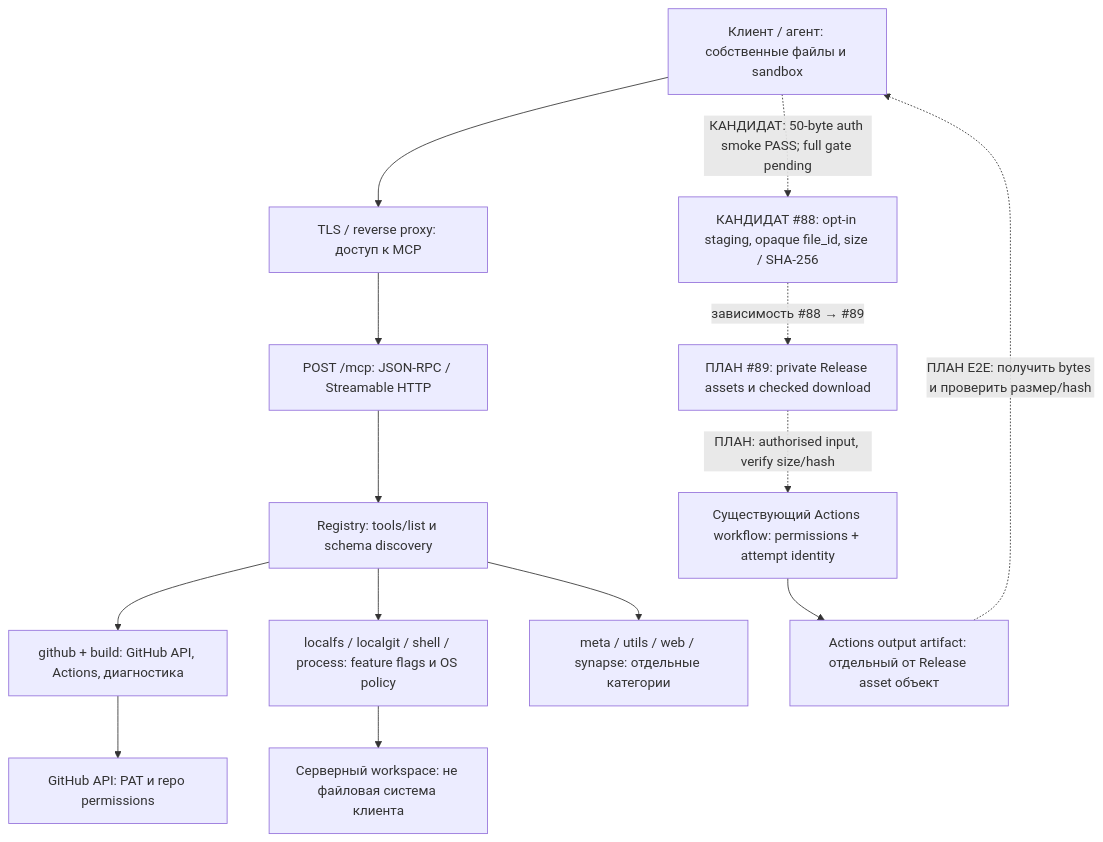
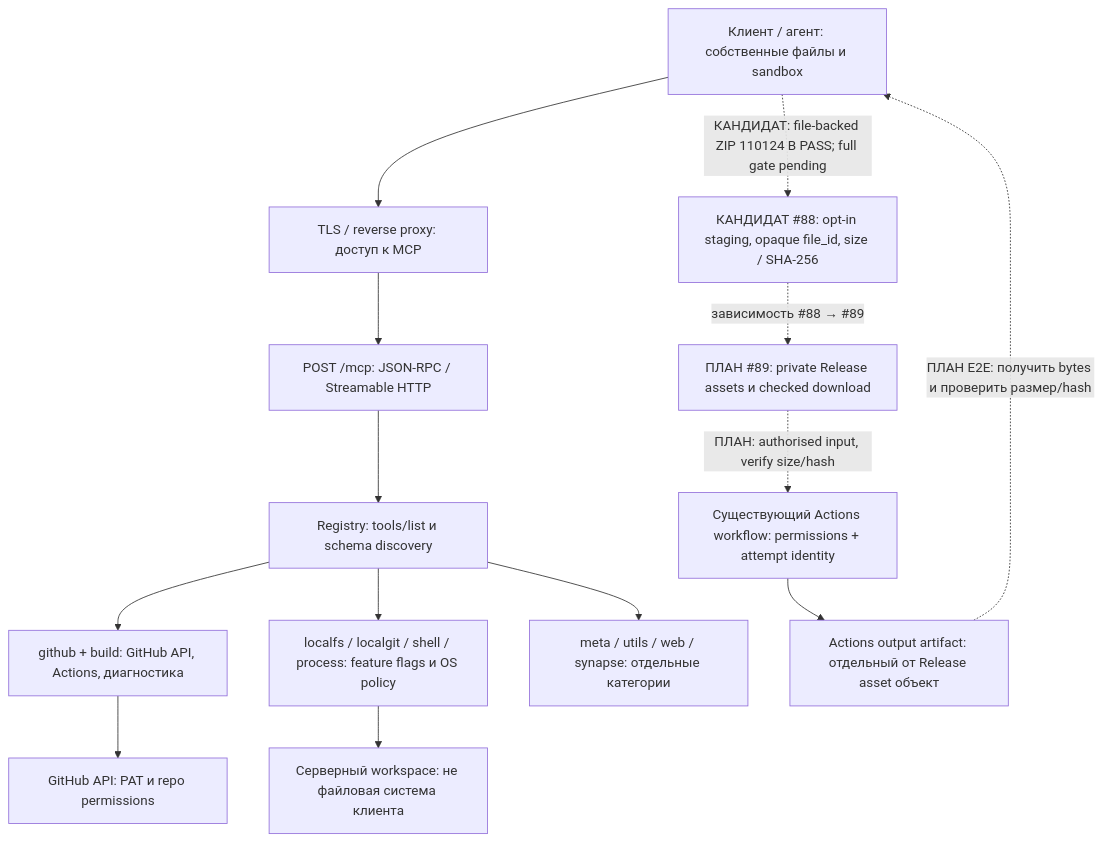
Before and after one commit to LeonidYasin/mcp-server: the diagram in docs/project-map.md, drawn with Mermaid. The commit also changed other lines of this file and 7 other files, not shown here.

Commit message:
docs: record real client-sandbox ZIP upload acceptance and remaining gates

````diff
--- a/docs/project-map.md
+++ b/docs/project-map.md
@@ -7,25 +7,25 @@
 ```mermaid
 flowchart TD
     Client["Клиент / агент: собственные файлы и sandbox"]
     Proxy["TLS / reverse proxy: доступ к MCP"]
     Transport["POST /mcp: JSON-RPC / Streamable HTTP"]
     Registry["Registry: tools/list и schema discovery"]
     Github["github + build: GitHub API, Actions, диагностика"]
     Local["localfs / localgit / shell / process: feature flags и OS policy"]
     Other["meta / utils / web / synapse: отдельные категории"]
     API["GitHub API: PAT и repo permissions"]
     Workspace["Серверный workspace: не файловая система клиента"]
     Stage["КАНДИДАТ #88: opt-in staging, opaque file_id, size / SHA-256"]
     Assets["ПЛАН #89: private Release assets и checked download"]
     Actions["Существующий Actions workflow: permissions + attempt identity"]
     Output["Actions output artifact: отдельный от Release asset объект"]
     Client --> Proxy --> Transport --> Registry
     Registry --> Github --> API
     Registry --> Local --> Workspace
     Registry --> Other
-    Client -. "КАНДИДАТ: 50-byte auth smoke PASS; full gate pending" .-> Stage
+    Client -. "КАНДИДАТ: file-backed ZIP 110124 B PASS; full gate pending" .-> Stage
     Stage -. "зависимость #88 → #89" .-> Assets
     Assets -. "ПЛАН: authorised input, verify size/hash" .-> Actions
     Actions --> Output
     Output -. "ПЛАН E2E: получить bytes и проверить размер/hash" .-> Client
 ```
````
